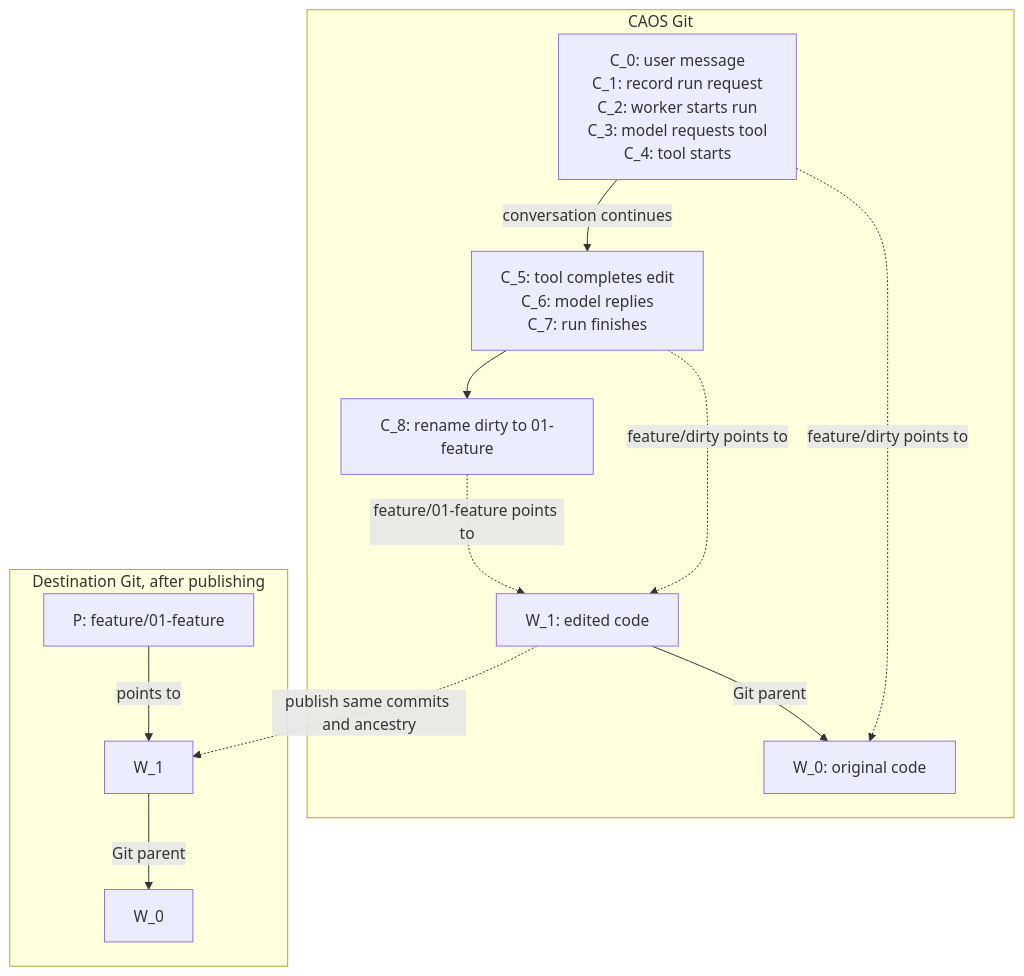
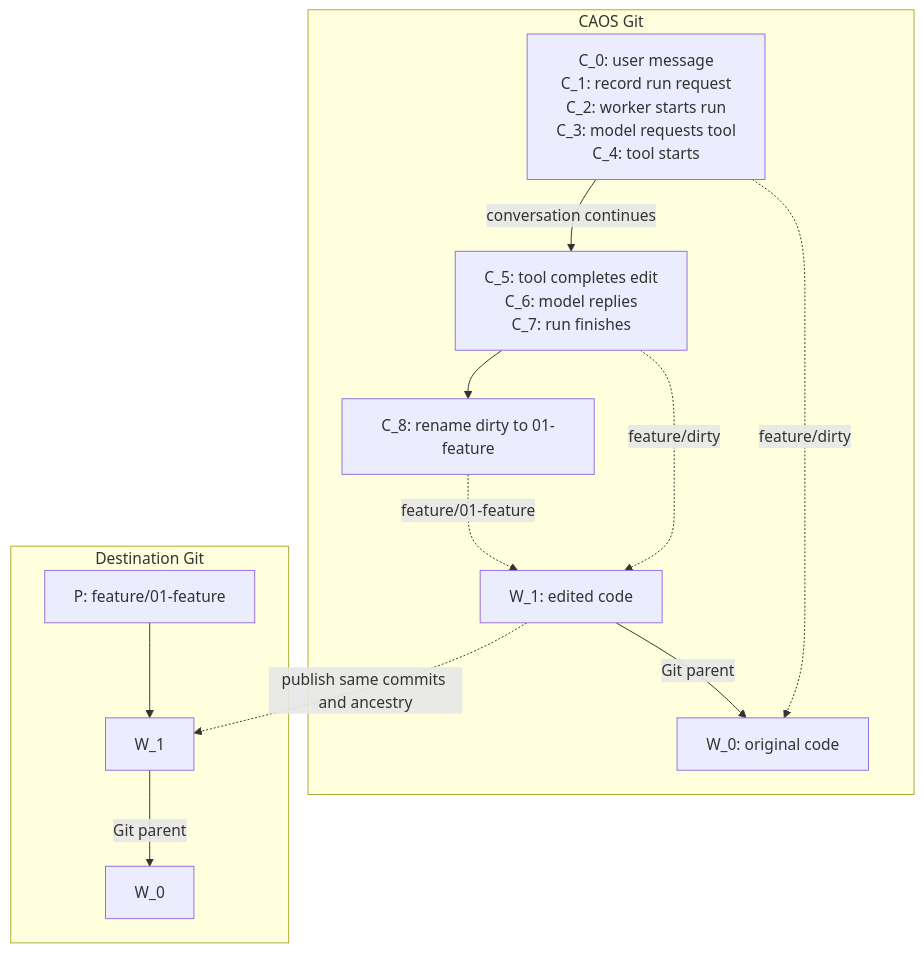
The diagram in design/chat.md (Metta-AI/caos), drawn with Mermaid before and after one commit. The commit also changed other lines of this file, not shown here.

````diff
--- a/design/chat.md
+++ b/design/chat.md
@@ -17,18 +19,18 @@
 ```mermaid
 flowchart TB
     subgraph caos["CAOS Git"]
         before["C_0: user message<br/>C_1: record run request<br/>C_2: worker starts run<br/>C_3: model requests tool<br/>C_4: tool starts"]
         after["C_5: tool completes edit<br/>C_6: model replies<br/>C_7: run finishes"]
         before -->|conversation continues| after
-        before -.->|feature/dirty points to| W0["W_0: original code"]
-        after -.->|feature/dirty points to| W1["W_1: edited code"]
+        before -.->|feature/dirty| W0["W_0: original code"]
+        after -.->|feature/dirty| W1["W_1: edited code"]
         W1 -->|Git parent| W0
         after --> ready["C_8: rename dirty to 01-feature"]
-        ready -.->|feature/01-feature points to| W1
+        ready -.->|feature/01-feature| W1
     end
-    subgraph destination["Destination Git, after publishing"]
-        P["P: feature/01-feature"] -->|points to| published1["W_1"]
+    subgraph destination["Destination Git"]
+        P["P: feature/01-feature"] --> published1["W_1"]
         published1 -->|Git parent| published0["W_0"]
     end
     W1 -.->|publish same commits and ancestry| published1
 ```
````
